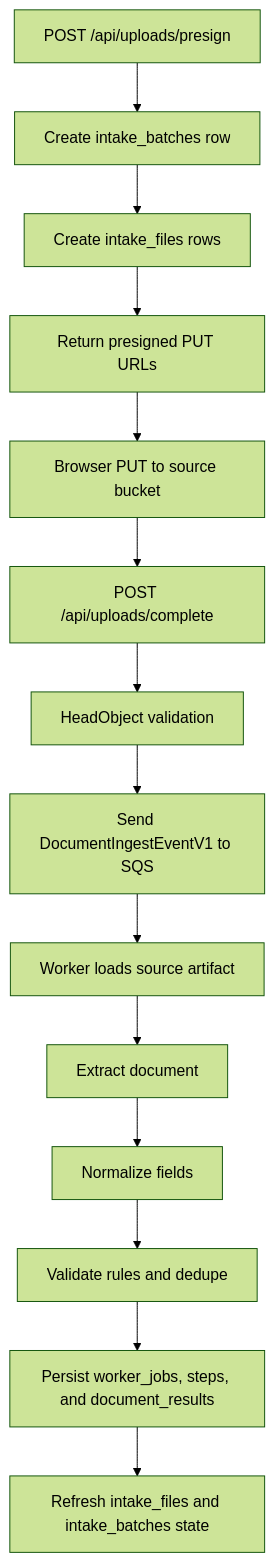
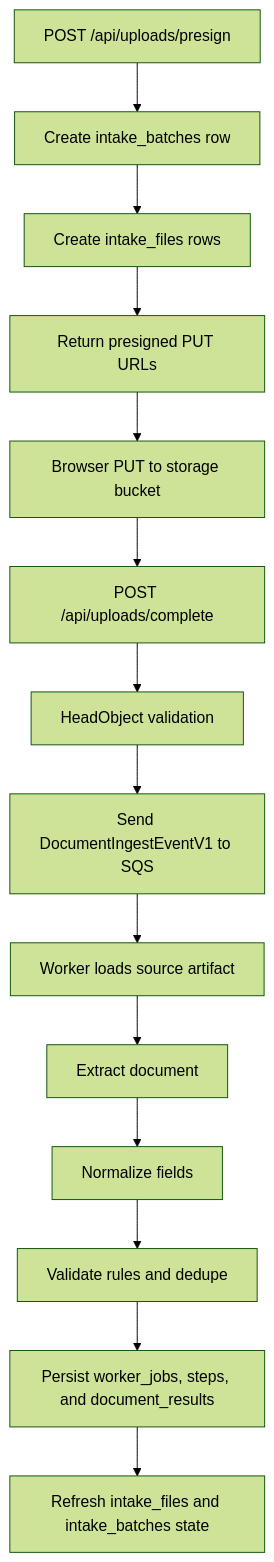
The second of 2 diagrams in docs/WORKFLOW_DIAGRAM.MD (joseph-grospe/taxgenie-hackathon), drawn with Mermaid (forest theme) before and after one commit. The commit also changed 8 other files, not shown here.

````diff
--- a/docs/WORKFLOW_DIAGRAM.MD
+++ b/docs/WORKFLOW_DIAGRAM.MD
@@ -22,16 +22,16 @@
 ```mermaid
 flowchart TD
     A[POST /api/uploads/presign] --> B[Create intake_batches row]
     B --> C[Create intake_files rows]
     C --> D[Return presigned PUT URLs]
-    D --> E[Browser PUT to source bucket]
+    D --> E[Browser PUT to storage bucket]
     E --> F[POST /api/uploads/complete]
     F --> G[HeadObject validation]
     G --> H[Send DocumentIngestEventV1 to SQS]
     H --> I[Worker loads source artifact]
     I --> J[Extract document]
     J --> K[Normalize fields]
     K --> L[Validate rules and dedupe]
     L --> M[Persist worker_jobs, steps, and document_results]
     M --> N[Refresh intake_files and intake_batches state]
 ```
````
